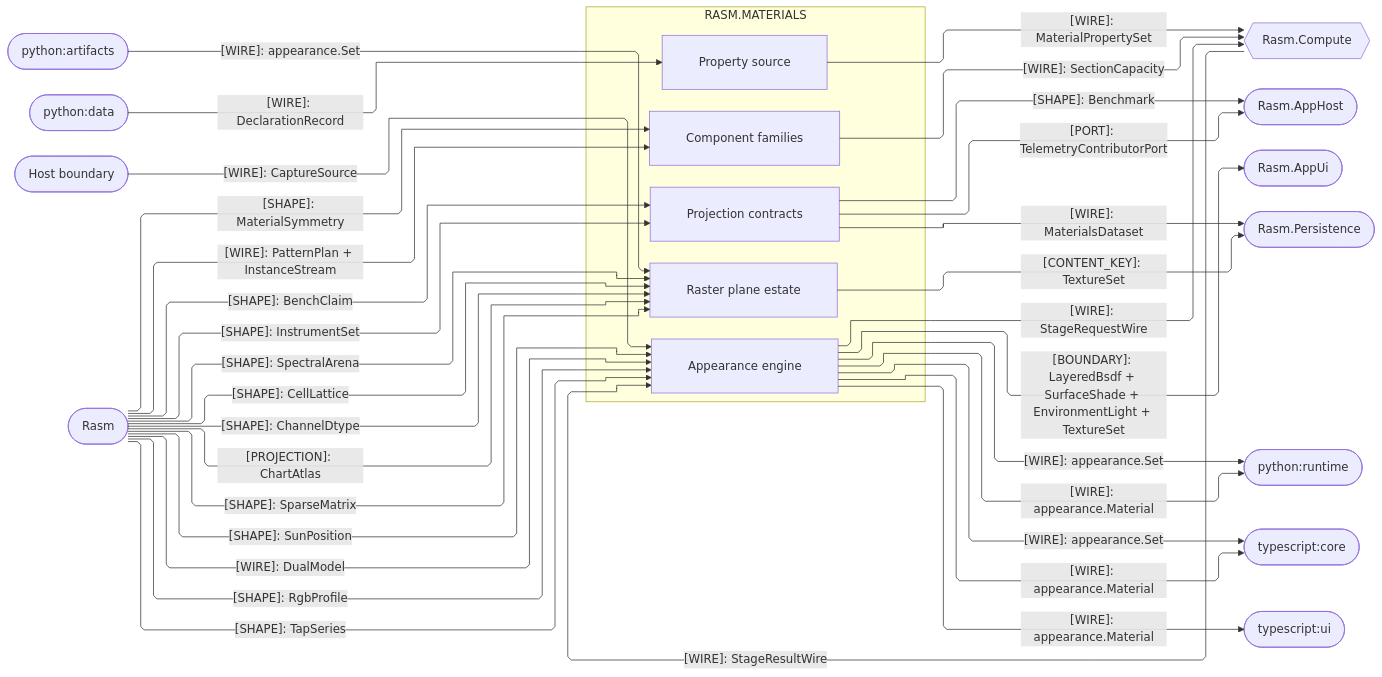
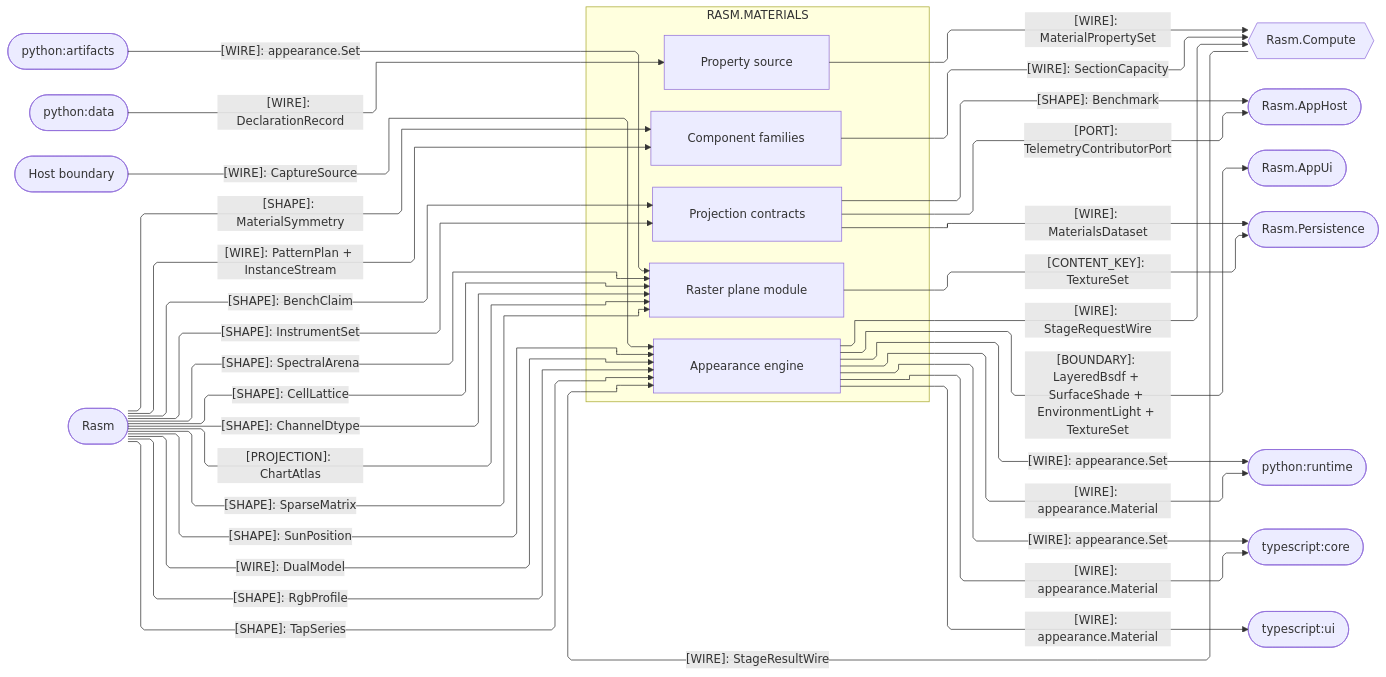
One commit to bsamiee/Rasm changed the third of 5 diagrams in libs/dotnet/Rasm.Materials/ARCHITECTURE.md. Above: the diagram before and after it, drawn with Mermaid. The commit also changed other lines of this file and 1997 other files, not shown here.

````diff
--- a/libs/dotnet/Rasm.Materials/ARCHITECTURE.md
+++ b/libs/dotnet/Rasm.Materials/ARCHITECTURE.md
@@ -147,60 +147,60 @@
 ```mermaid
 ---
 config:
   layout: elk
   flowchart:
     curve: linear
     padding: 25
 ---
 flowchart LR
-    accTitle: Materials platform, compute, and cross-runtime seams
+    accTitle: Materials platform, compute, and cross-runtime interfaces
     accDescr: Which capacity, appearance, telemetry, and analytics contracts cross between Materials and the platform, host, and peer runtimes.
     subgraph materials[RASM.MATERIALS]
         Component[Component families]
         Properties[Property source]
         Appearance[Appearance engine]
-        Raster[Raster plane estate]
+        Raster[Raster plane module]
         Projection[Projection contracts]
     end
     Compute{{Rasm.Compute}}
     AppHost([Rasm.AppHost])
     AppUi([Rasm.AppUi])
     Persistence([Rasm.Persistence])
     PyArtifacts([python:artifacts])
     PyData([python:data])
     PyRuntime([python:runtime])
     Core([typescript:core])
     Ui([typescript:ui])
     Host([Host boundary])
     Rasm([Rasm])
     Rasm e1@-->|"[SHAPE]: SunPosition"| Appearance
     Rasm e2@-->|"[SHAPE]: SpectralArena"| Raster
     Rasm e3@-->|"[SHAPE]: CellLattice"| Raster
     Rasm e4@-->|"[SHAPE]: ChannelDtype"| Raster
     Rasm e5@-->|"[PROJECTION]: ChartAtlas"| Raster
     Rasm e6@-->|"[WIRE]: DualModel"| Appearance
     Rasm e7@-->|"[WIRE]: PatternPlan + InstanceStream"| Component
     Rasm e8@-->|"[SHAPE]: MaterialSymmetry"| Component
     Rasm e9@-->|"[SHAPE]: RgbProfile"| Appearance
     Rasm e10@-->|"[SHAPE]: TapSeries"| Appearance
     Rasm e11@-->|"[SHAPE]: SparseMatrix"| Raster
     Rasm e12@-->|"[SHAPE]: InstrumentSet"| Projection
     Rasm e13@-->|"[SHAPE]: BenchClaim"| Projection
     Component e14@-->|"[WIRE]: SectionCapacity"| Compute
     Properties e15@-->|"[WIRE]: MaterialPropertySet"| Compute
     Appearance e16@-->|"[WIRE]: StageRequestWire"| Compute
     Compute e17@-->|"[WIRE]: StageResultWire"| Appearance
     Appearance e18@-->|"[BOUNDARY]: LayeredBsdf + SurfaceShade + EnvironmentLight + TextureSet"| AppUi
     Appearance e19@-->|"[WIRE]: appearance.Material"| Core
     Appearance e20@-->|"[WIRE]: appearance.Material"| PyRuntime
     Appearance e21@-->|"[WIRE]: appearance.Set"| Core
     Appearance e22@-->|"[WIRE]: appearance.Set"| PyRuntime
     Appearance e23@-->|"[WIRE]: appearance.Material"| Ui
     PyArtifacts e24@-->|"[WIRE]: appearance.Set"| Raster
     PyData e25@-->|"[WIRE]: DeclarationRecord"| Properties
     Host e26@-->|"[WIRE]: CaptureSource"| Appearance
     Projection e27@-->|"[PORT]: TelemetryContributorPort"| AppHost
     Projection e28@-->|"[SHAPE]: Benchmark"| AppHost
     Projection e29@-->|"[WIRE]: MaterialsDataset"| Persistence
     Raster e30@-->|"[CONTENT_KEY]: TextureSet"| Persistence
 ```
````
